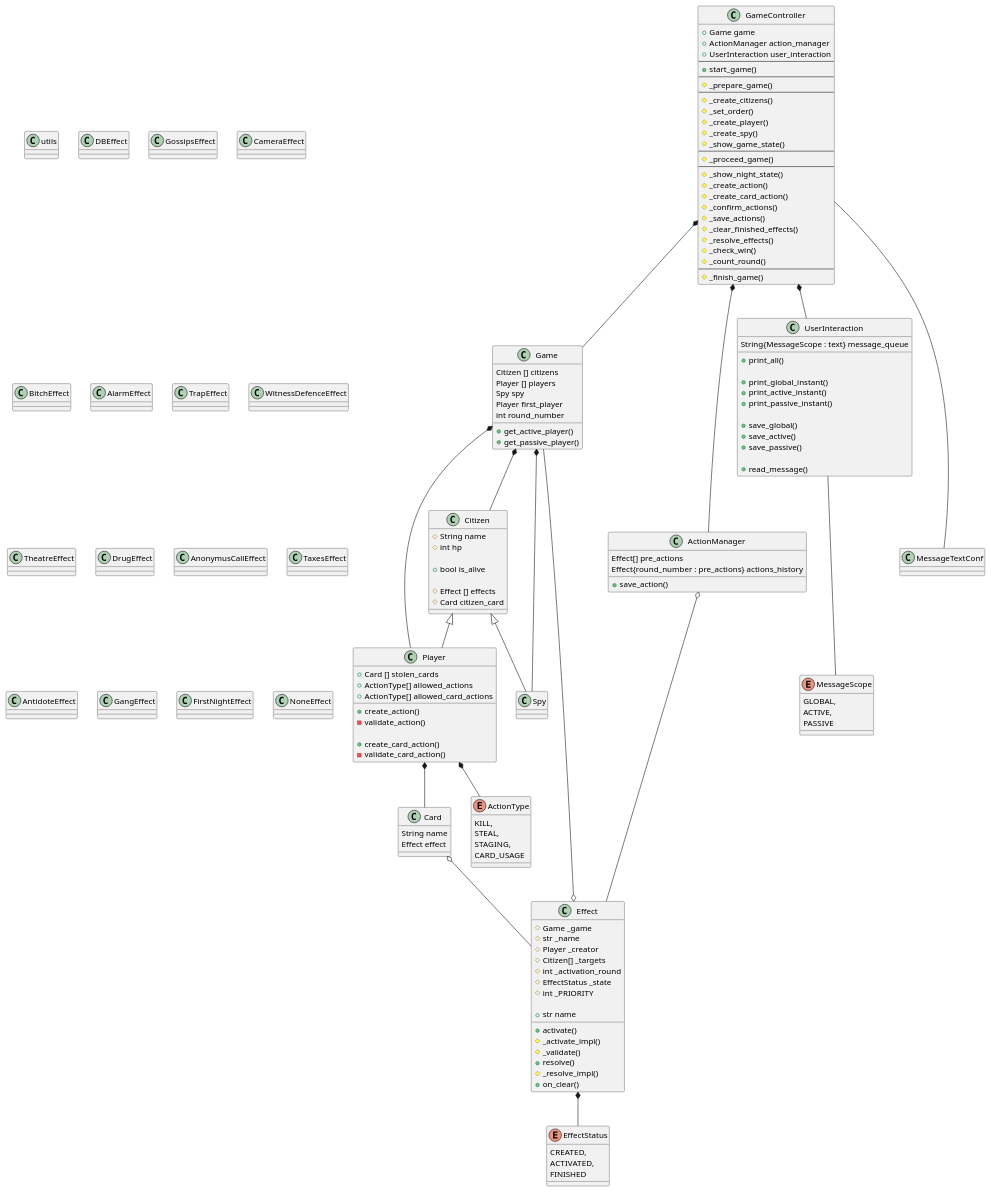
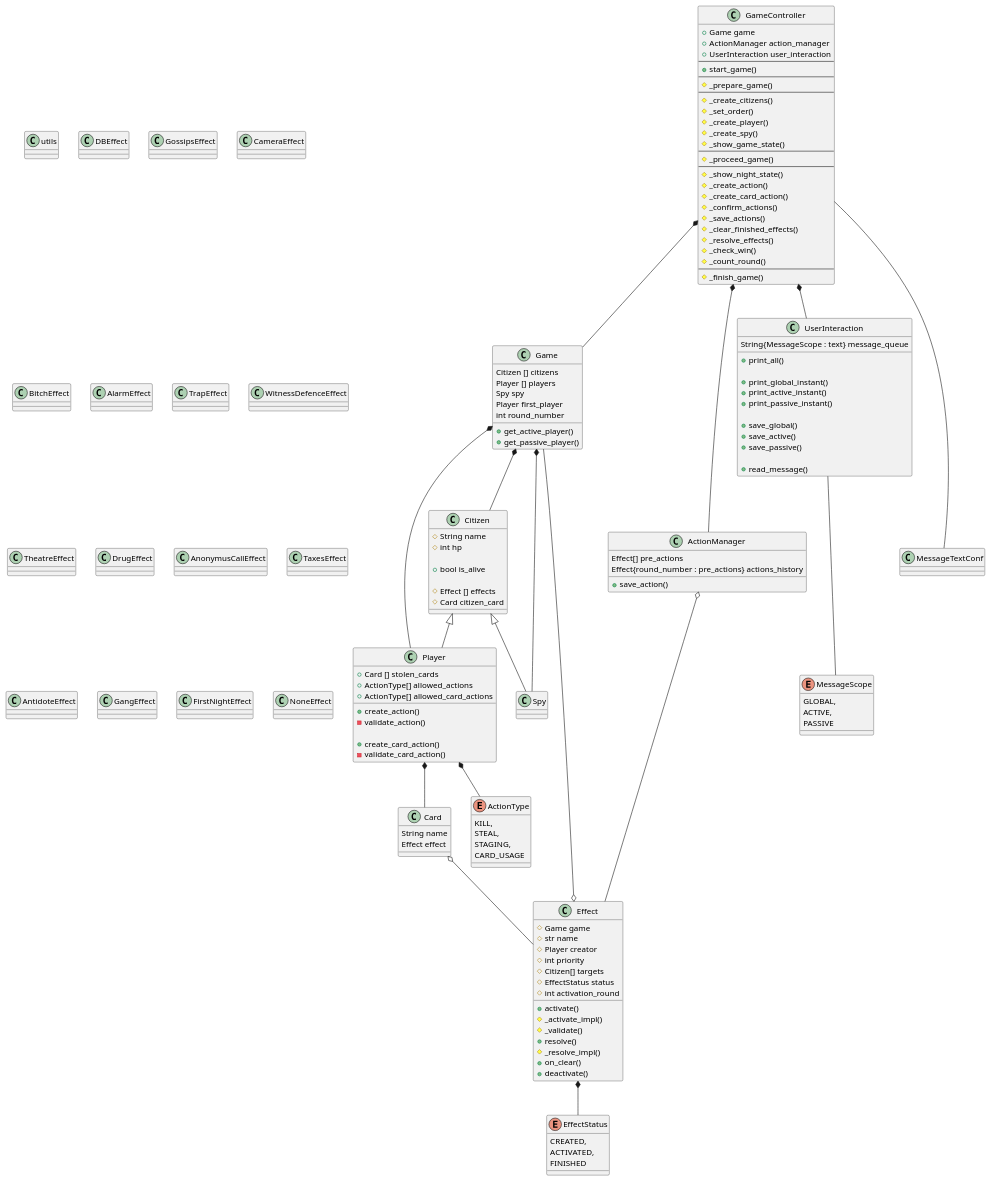
The diagram in docs/MB_ARCHITECTURE.puml (SurprisedBird/MurderBattleConsole), drawn with PlantUML before and after one commit. The commit also changed 4 other files, not shown here.

```diff
--- a/docs/MB_ARCHITECTURE.puml
+++ b/docs/MB_ARCHITECTURE.puml
@@ -123,16 +123,13 @@
 }
 
 class Effect {
-    #Game _game
-    #str _name
-    #Player _creator
-    #Citizen[] _targets
-    #int _activation_round
-    #EffectStatus _state
-    #int _PRIORITY
-
-    ' Property name (getter for _name variable)
-    +str name
+    #Game game
+    #str name
+    #Player creator
+    #int priority
+    #Citizen[] targets
+    #EffectStatus status
+    #int activation_round
 
     +activate()
     #_activate_impl()
@@ -140,6 +137,7 @@
     +resolve()
     #_resolve_impl()
     +on_clear()
+    +deactivate()
 }
 
 class DBEffect {
```
